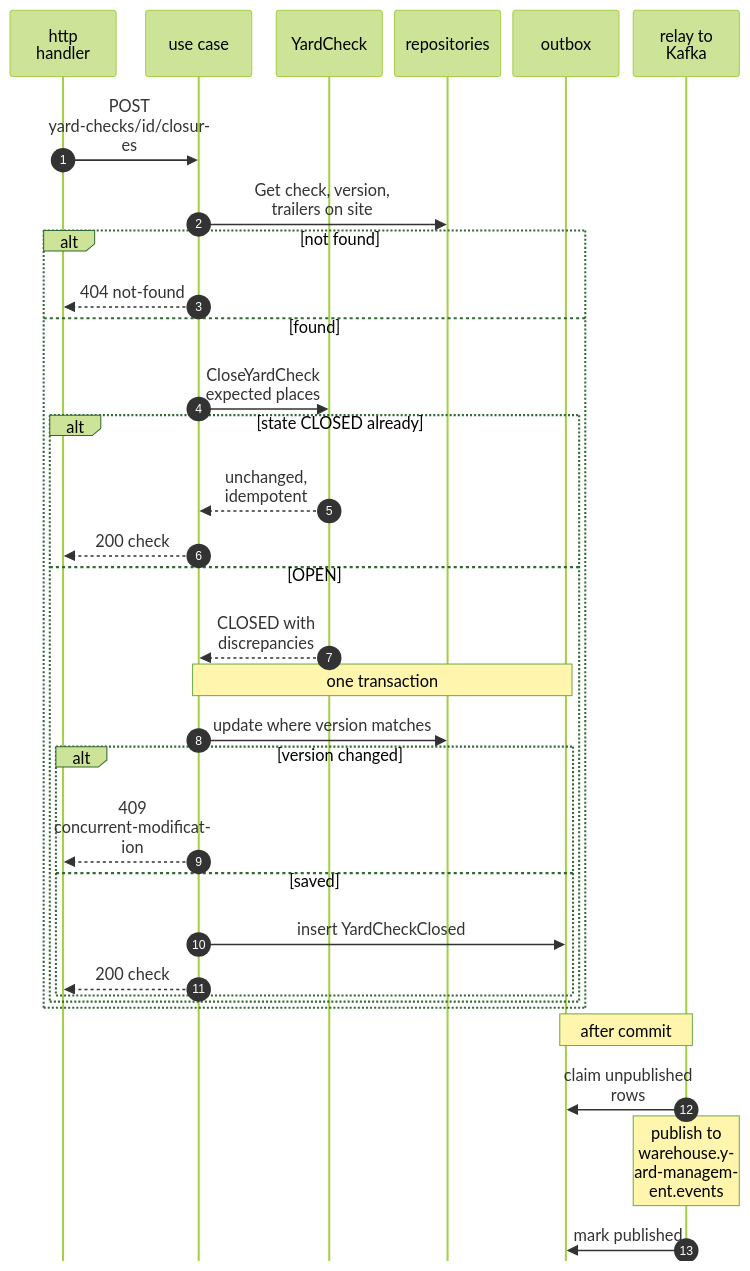
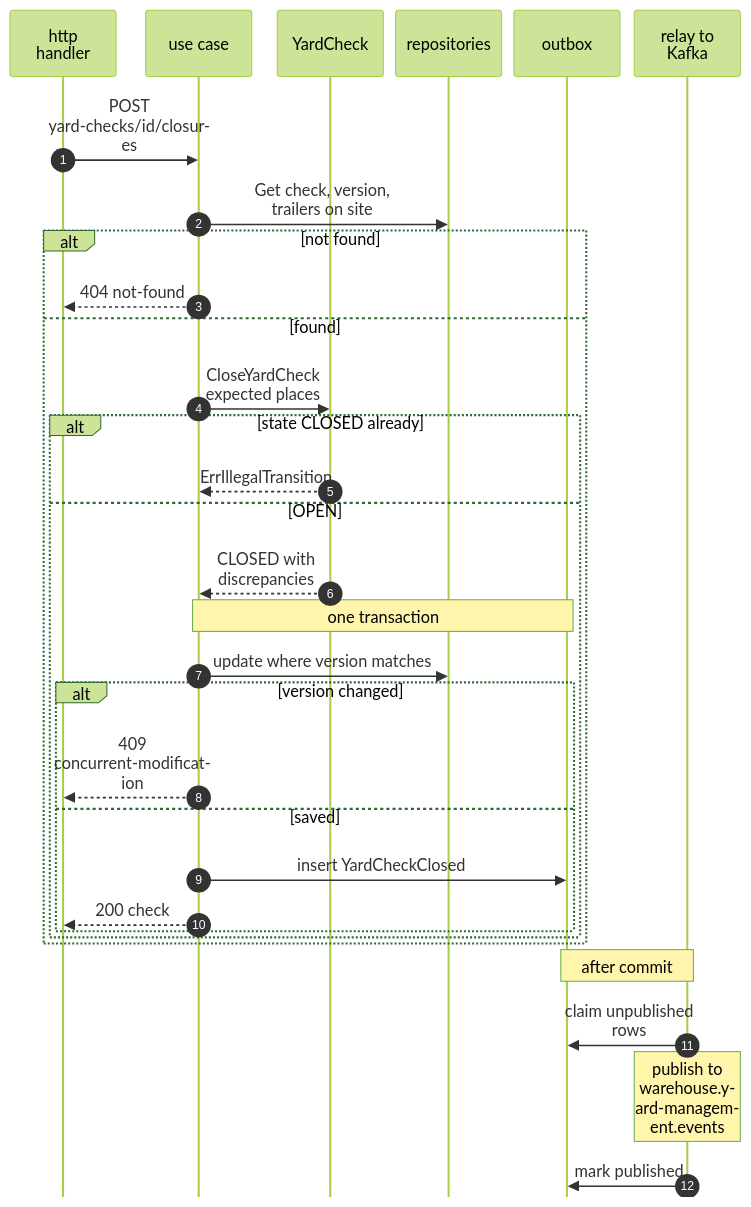
Diagram 15 of 15 in docs/docs/ddd/sequence-diagrams.md (IQVO/yard-management), drawn with Mermaid (forest theme) before and after one commit. The commit also changed other lines of this file and 9 other files, not shown here.

````diff
--- a/docs/docs/ddd/sequence-diagrams.md
+++ b/docs/docs/ddd/sequence-diagrams.md
@@ -694,36 +690,35 @@
 ```mermaid
 %%{init: {"sequence": {"wrap": true, "width": 104, "actorMargin": 12, "messageMargin": 26, "boxMargin": 6, "noteMargin": 6, "mirrorActors": false}}}%%
 sequenceDiagram
     autonumber
     participant H as http<br/>handler
     participant U as use case
     participant A as YardCheck
     participant R as repositories
     participant O as outbox
     participant RL as relay to Kafka
     H->>U: POST yard-checks/id/closures
     U->>R: Get check, version,<br/>trailers on site
     alt not found
         U-->>H: 404 not-found
     else found
         U->>A: CloseYardCheck expected places
         alt state CLOSED already
-            A-->>U: unchanged, idempotent
-            U-->>H: 200 check
+            A-->>U: ErrIllegalTransition
         else OPEN
             A-->>U: CLOSED with<br/>discrepancies
             Note over U,O: one transaction
             U->>R: update where version matches
             alt version changed
                 U-->>H: 409 concurrent-modification
             else saved
                 U->>O: insert YardCheckClosed
                 U-->>H: 200 check
             end
         end
     end
     Note over O,RL: after commit
     RL->>O: claim unpublished rows
     Note over RL: publish to warehouse.yard-management.events
     RL->>O: mark published
 ```
````
